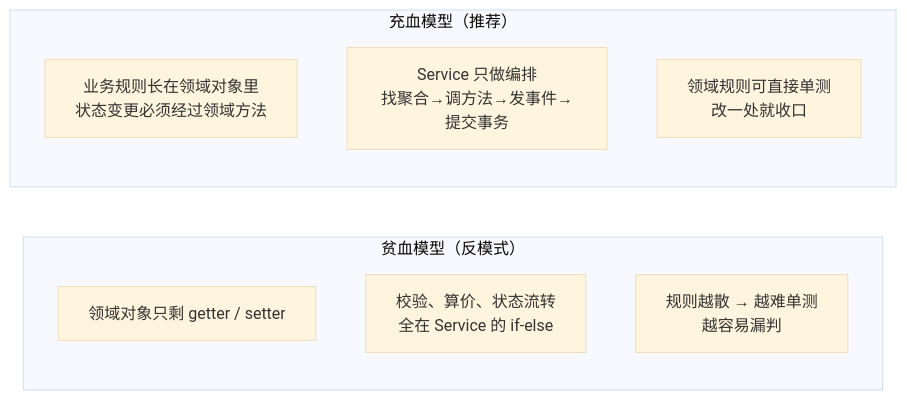
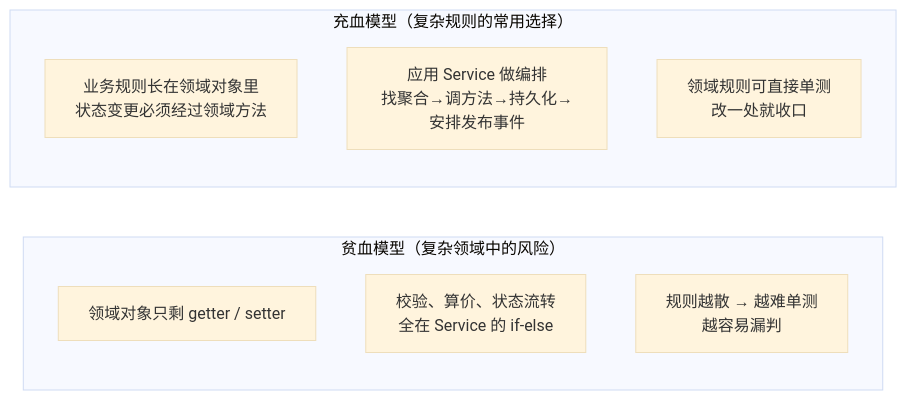
Before and after one commit to CrazyForks/java-full-stack: the fourth of 7 diagrams in docs/04-阶段四-微服务架构与分布式系统/04-DDD领域驱动设计.md, drawn with Mermaid (base theme). The commit also changed other lines of this file and 58 other files, not shown here.

````diff
--- a/docs/04-阶段四-微服务架构与分布式系统/04-DDD领域驱动设计.md
+++ b/docs/04-阶段四-微服务架构与分布式系统/04-DDD领域驱动设计.md
@@ -246,13 +259,13 @@
 ```mermaid
-flowchart LR
-    subgraph 贫血["贫血模型（反模式）"]
+graph LR
+    subgraph ANEMIC[贫血模型（复杂领域中的风险）]
         A1["领域对象只剩 getter / setter"]
         A2["校验、算价、状态流转<br/>全在 Service 的 if-else"]
         A3["规则越散 → 越难单测<br/>越容易漏判"]
     end
-    subgraph 充血["充血模型（推荐）"]
+    subgraph RICH[充血模型（复杂规则的常用选择）]
         B1["业务规则长在领域对象里<br/>状态变更必须经过领域方法"]
-        B2["Service 只做编排<br/>找聚合→调方法→发事件→提交事务"]
+        B2["应用 Service 做编排<br/>找聚合→调方法→持久化→安排发布事件"]
         B3["领域规则可直接单测<br/>改一处就收口"]
     end
 ```
````
